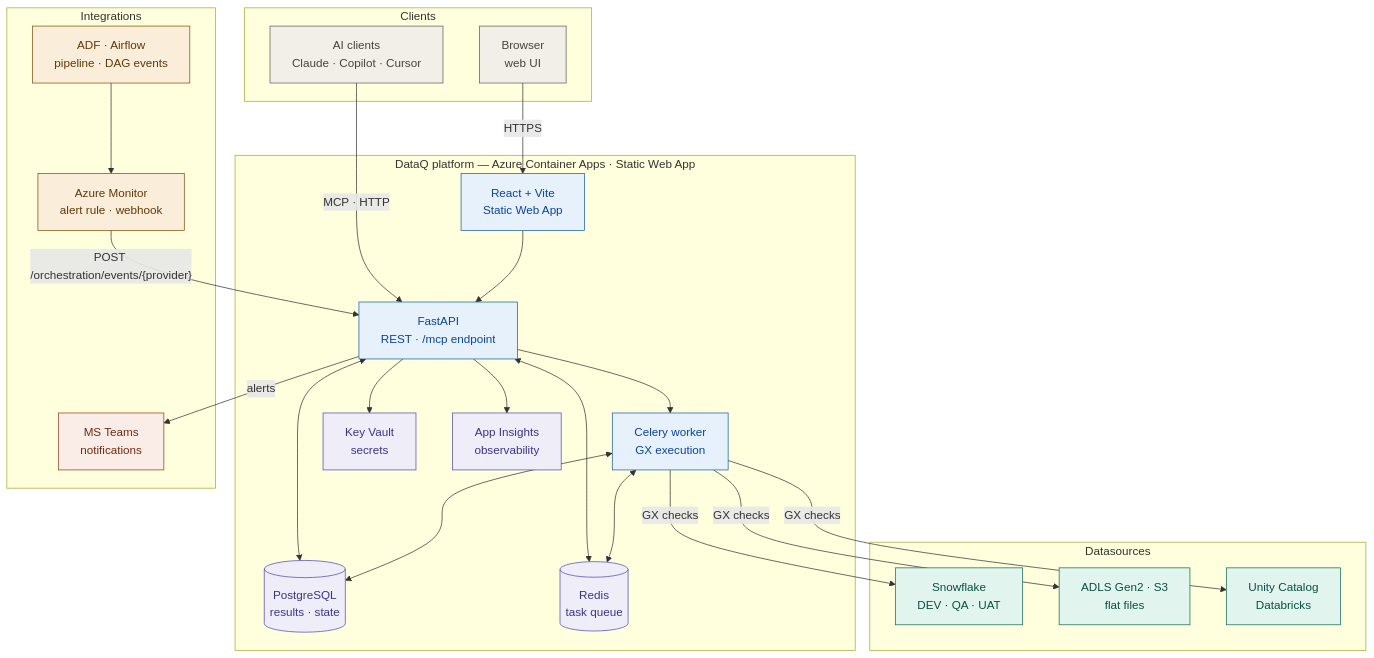
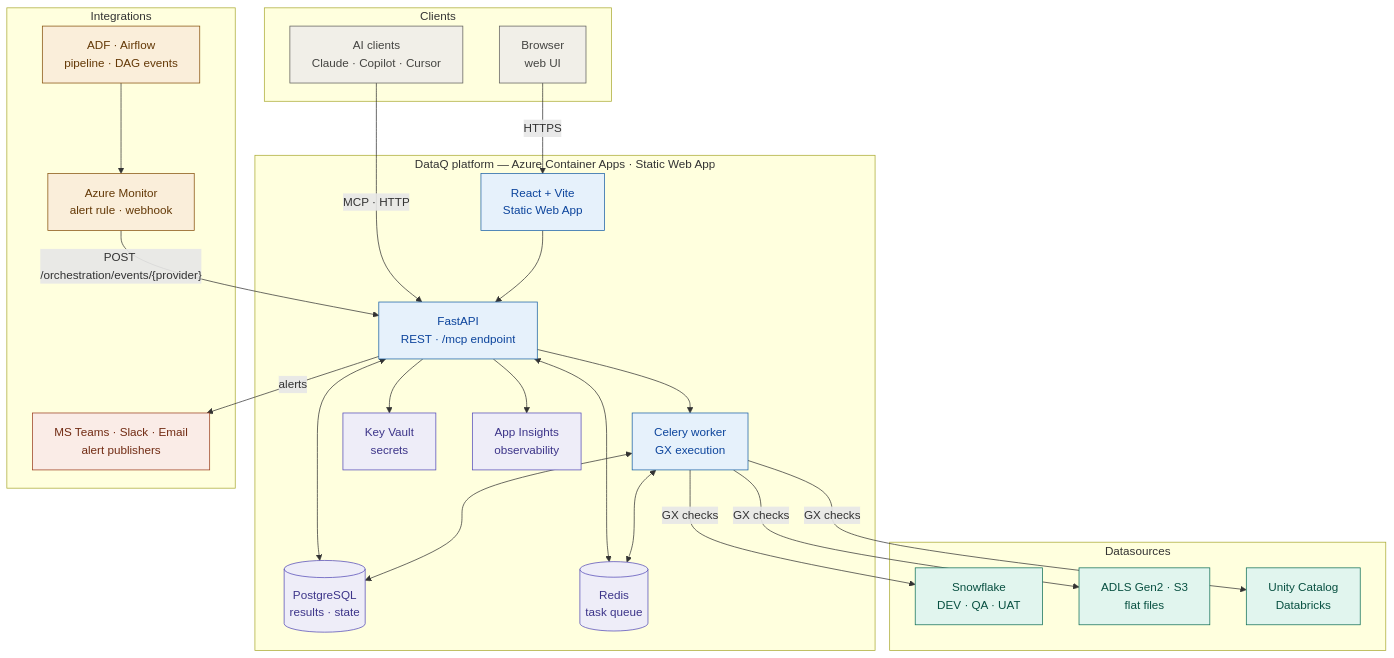
Before and after one commit to TheurgicDuke771/DataQ: the diagram in docs/architecture.md, drawn with Mermaid. The commit also changed other lines of this file and 2 other files, not shown here.

Commit message:
docs: end-of-Week-7 reconcile — MCP + hardening + consistency + polish done
Reconcile progress.md / CLAUDE.md / architecture.md with what landed this
session:
- FastMCP server (11/12 ✅; Claude-Desktop E2E deferred to live-smoke) — #460.
- Hardening/docs: error-shape audit + Swagger completeness (#465), deployment
  guide + complete env-var reference (#468), prod-docs gate (#464), MCP config
  doc (#460) — 4/6 ✅ (E2E 🟡, onboarding ⬜).
- Consistency hardening: trigger-dedup (#456/#308) + stuck-run reaper
  (#458/#309) — 3/4 ✅ (minor-robustness ⬜).
- Prototype polish: visual-fidelity (#459) + KPI-honesty (verified) — 4/4 ✅.
- W7 total 10→30 ✅/40; grand total 123→144 ✅/188. Headline/Next-milestone/
  Open-PRs/Open-issues rows refreshed (#169/#170/#308/#309 closed; #457/#461/#466
  filed).
- architecture.md: notification node now Teams·Slack·Email; added MCP + prod-docs
  key invariants.

Entire-Checkpoint: abb3e8f3b6aa

````diff
--- a/docs/architecture.md
+++ b/docs/architecture.md
@@ -5,60 +5,60 @@
 ```mermaid
 flowchart TB
     subgraph clients["Clients"]
         Browser["Browser<br/>web UI"]
         AI["AI clients<br/>Claude · Copilot · Cursor"]
     end
 
     subgraph platform["DataQ platform — Azure Container Apps · Static Web App"]
         React["React + Vite<br/>Static Web App"]
         FastAPI["FastAPI<br/>REST · /mcp endpoint"]
         Celery["Celery worker<br/>GX execution"]
         PG[("PostgreSQL<br/>results · state")]
         Redis[("Redis<br/>task queue")]
         KV["Key Vault<br/>secrets"]
         AppIns["App Insights<br/>observability"]
     end
 
     subgraph datasources["Datasources"]
         SF["Snowflake<br/>DEV · QA · UAT"]
         ADLS["ADLS Gen2 · S3<br/>flat files"]
         UC["Unity Catalog<br/>Databricks"]
     end
 
     subgraph integrations["Integrations"]
         Orch["ADF · Airflow<br/>pipeline · DAG events"]
         Monitor["Azure Monitor<br/>alert rule · webhook"]
-        Teams["MS Teams<br/>notifications"]
+        Teams["MS Teams · Slack · Email<br/>alert publishers"]
     end
 
     Browser -->|HTTPS| React
     AI -->|MCP · HTTP| FastAPI
     React --> FastAPI
     FastAPI <--> PG
     FastAPI <--> Redis
     FastAPI --> KV
     FastAPI --> AppIns
     FastAPI --> Celery
     Celery <--> PG
     Celery <--> Redis
     Celery -->|GX checks| SF
     Celery -->|GX checks| ADLS
     Celery -->|GX checks| UC
     Orch --> Monitor
     Monitor -->|"POST /orchestration/events/{provider}"| FastAPI
     FastAPI -->|alerts| Teams
 
     classDef platform  fill:#E6F1FB,stroke:#185FA5,color:#0C449C
     classDef infra     fill:#EEEDF8,stroke:#534AB7,color:#3C3489
     classDef source    fill:#E1F5EE,stroke:#0F6E56,color:#085041
     classDef integ     fill:#FAEEda,stroke:#854F0B,color:#633806
     classDef notify    fill:#FAEce7,stroke:#993C1D,color:#712B13
     classDef client    fill:#F1EFE8,stroke:#5F5E5A,color:#444441
 
     class React,FastAPI,Celery platform
     class PG,Redis,KV,AppIns infra
     class SF,ADLS,UC source
     class Orch,Monitor integ
     class Teams notify
     class Browser,AI client
 ```
````
